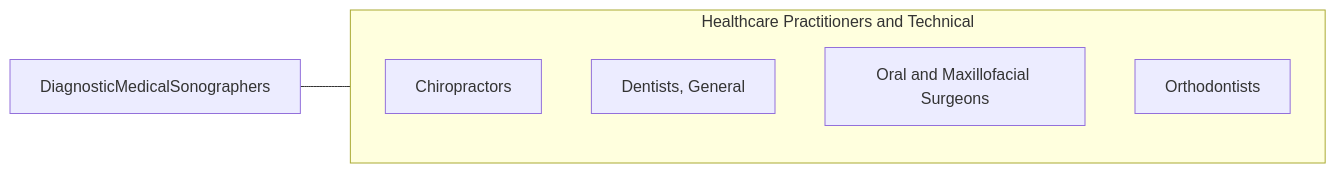
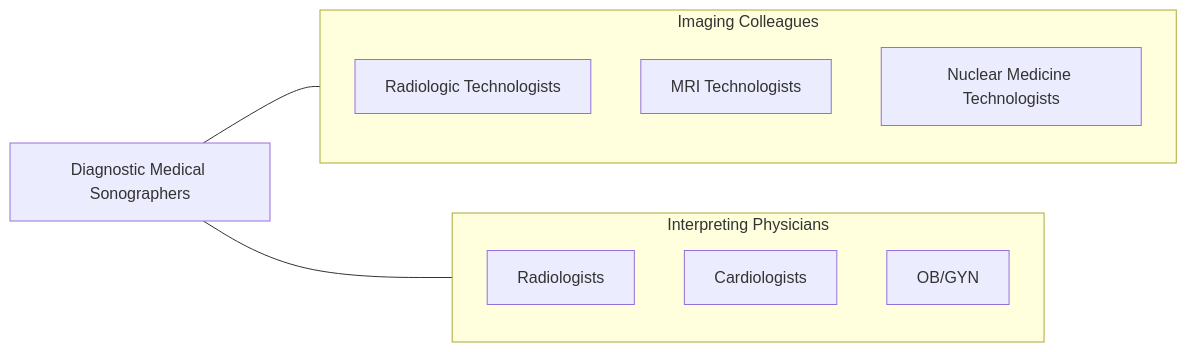
Before and after one commit to kziemski/business.org.ai: the fourth of 4 diagrams in occupations/HealthcarePractitioners/DiagnosticMedicalSonographers.mdx, drawn with Mermaid. The commit also changed other lines of this file and 938 other files, not shown here.

````diff
--- a/occupations/HealthcarePractitioners/DiagnosticMedicalSonographers.mdx
+++ b/occupations/HealthcarePractitioners/DiagnosticMedicalSonographers.mdx
@@ -105,13 +186,19 @@
 ```mermaid
 graph LR
-    Current["DiagnosticMedicalSonographers"]
+    Current["Diagnostic Medical Sonographers"]
 
-    subgraph SameCategory["Healthcare Practitioners and Technical"]
-        Chiropractors["Chiropractors"]
-        DentistsGeneral["Dentists, General"]
-        OralAndMaxillofacial["Oral and Maxillofacial Surgeons"]
-        Orthodontists["Orthodontists"]
+    subgraph ImagingTeam["Imaging Colleagues"]
+        RadTech["Radiologic Technologists"]
+        MRITech["MRI Technologists"]
+        NucMed["Nuclear Medicine Technologists"]
     end
 
-    Current --- SameCategory
+    subgraph Physicians["Interpreting Physicians"]
+        Radiologists["Radiologists"]
+        Cardiologists["Cardiologists"]
+        OBGyn["OB/GYN"]
+    end
+
+    Current --- ImagingTeam
+    Current --- Physicians
 ```
````
